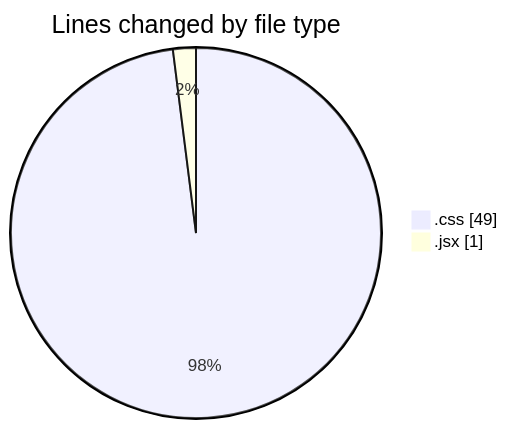
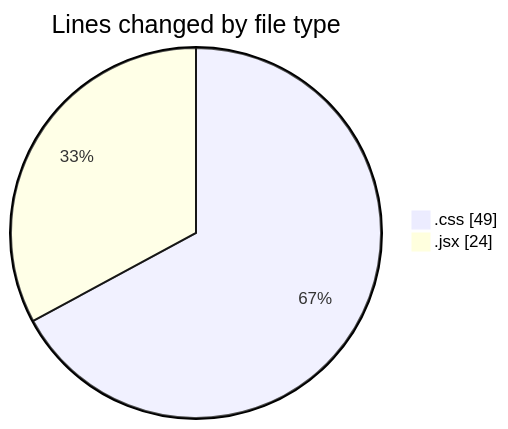
One commit to Elitesun/code-tracking changed the first of 2 diagrams in 2025-01-31/react/README.md. Above: the diagram before and after it, drawn with Mermaid. The commit also changed other lines of this file and 1 other file, not shown here.

````diff
--- a/2025-01-31/react/README.md
+++ b/2025-01-31/react/README.md
@@ -21,6 +21,6 @@
 ```mermaid
 pie showData
 title Lines changed by file type
 ".css" : 49
-".jsx" : 1
+".jsx" : 24
 ```
````
